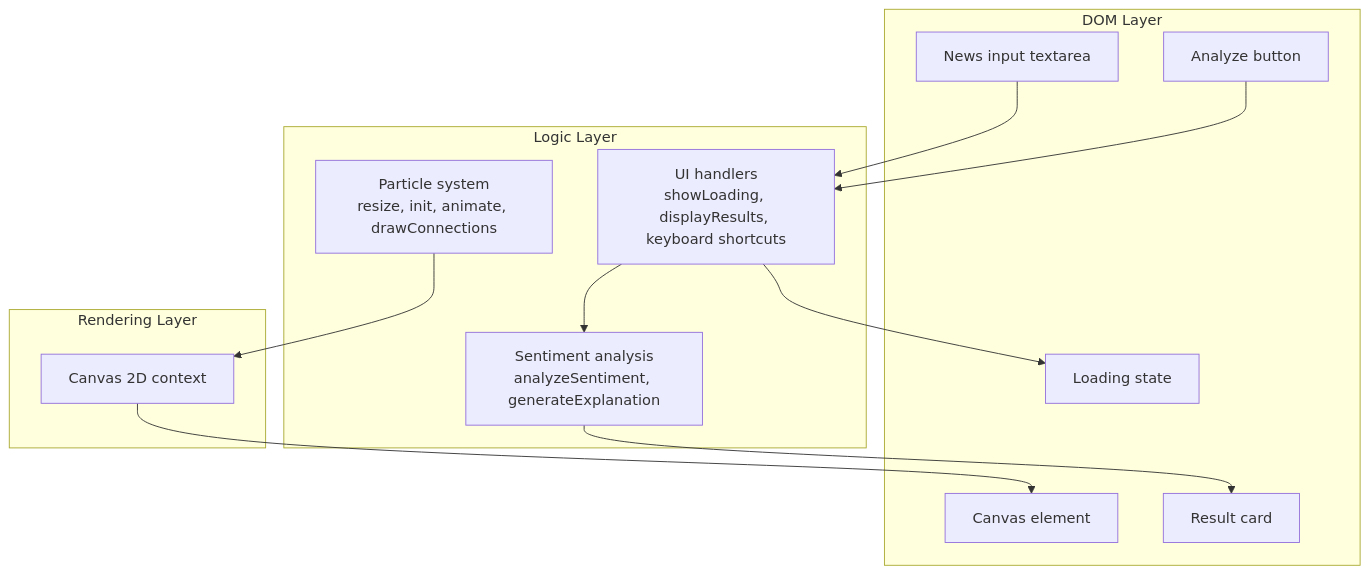
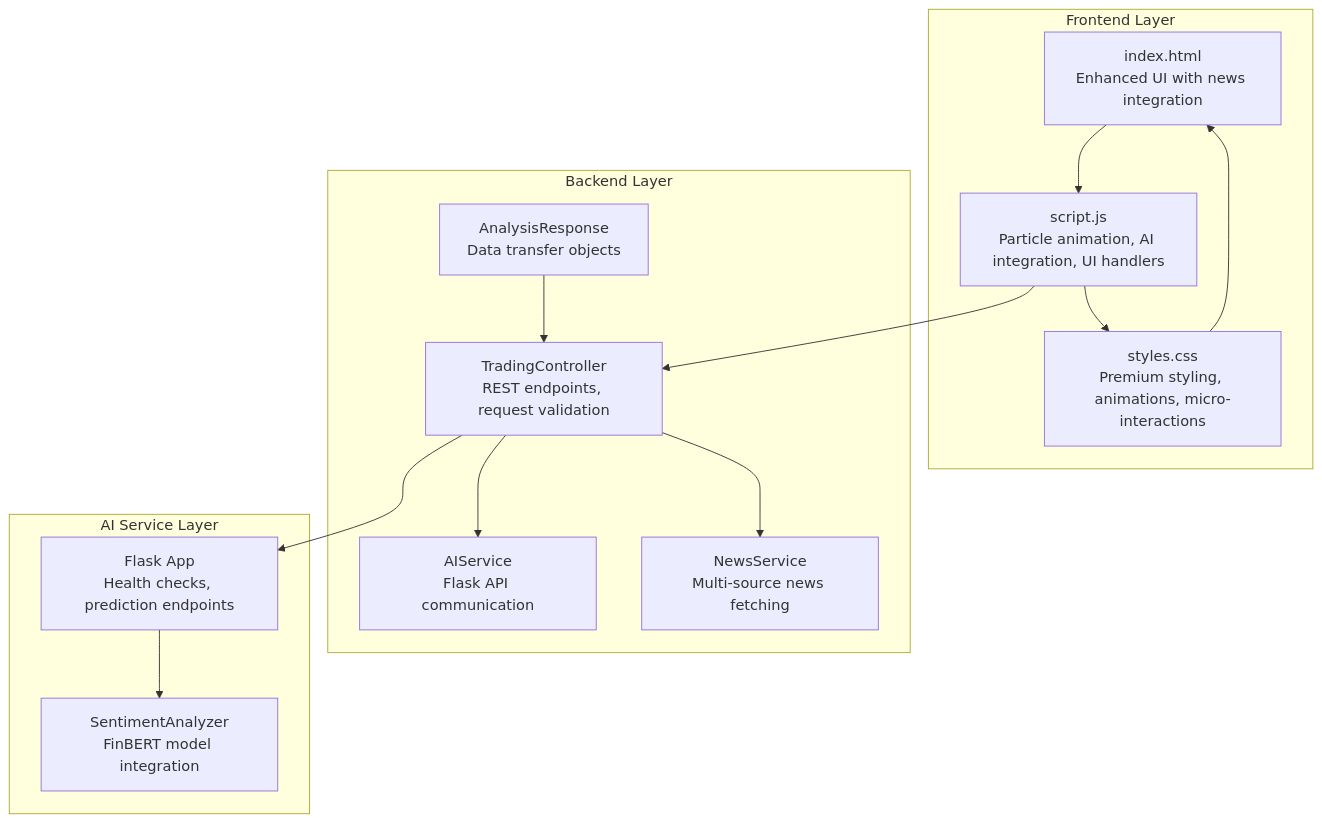
One commit to ayushtiwari1526/TheReinforcers_AyushTiwari changed the first of 7 diagrams in .qoder/repowiki/en/content/JavaScript Implementation.md. Above: the diagram before and after it, drawn with Mermaid. The commit also changed other lines of this file and 21 other files, not shown here.

````diff
--- a/.qoder/repowiki/en/content/JavaScript Implementation.md
+++ b/.qoder/repowiki/en/content/JavaScript Implementation.md
@@ -69,25 +54,18 @@
 ```mermaid
 graph TB
-subgraph "DOM Layer"
-Canvas["Canvas element"]
-Inputs["News input textarea"]
-Btn["Analyze button"]
-Loading["Loading state"]
-Result["Result card"]
+subgraph "Frontend Layer"
+HTML["index.html<br/>Enhanced UI with news integration"] --> JS["script.js<br/>Particle animation, AI integration, UI handlers"]
+CSS["styles.css<br/>Premium styling, animations, micro-interactions"] --> HTML
+JS --> CSS
 end
-subgraph "Logic Layer"
-Particles["Particle system<br/>resize, init, animate, drawConnections"]
-Sentiment["Sentiment analysis<br/>analyzeSentiment, generateExplanation"]
-UI["UI handlers<br/>showLoading, displayResults, keyboard shortcuts"]
+subgraph "Backend Layer"
+Controller["TradingController<br/>REST endpoints, request validation"] --> AIService["AIService<br/>Flask API communication"]
+Controller --> NewsService["NewsService<br/>Multi-source news fetching"]
+Model["AnalysisResponse<br/>Data transfer objects"] --> Controller
 end
-subgraph "Rendering Layer"
-CanvasCtx["Canvas 2D context"]
+subgraph "AI Service Layer"
+FlaskApp["Flask App<br/>Health checks, prediction endpoints"] --> Analyzer["SentimentAnalyzer<br/>FinBERT model integration"]
 end
-Inputs --> UI
-Btn --> UI
-UI --> Loading
-UI --> Sentiment
-Sentiment --> Result
-Particles --> CanvasCtx
-CanvasCtx --> Canvas
+JS --> Controller
+Controller --> FlaskApp
 ```
````
